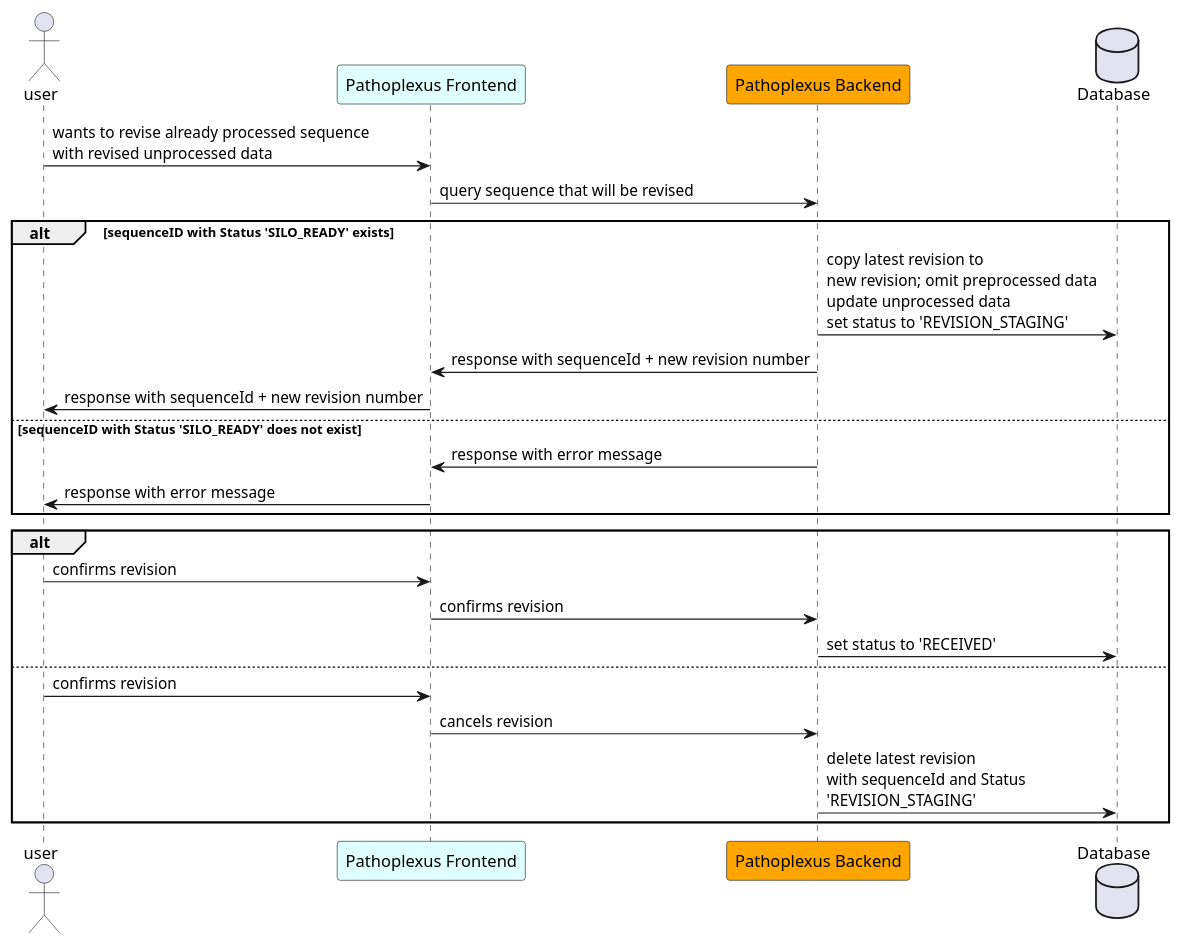
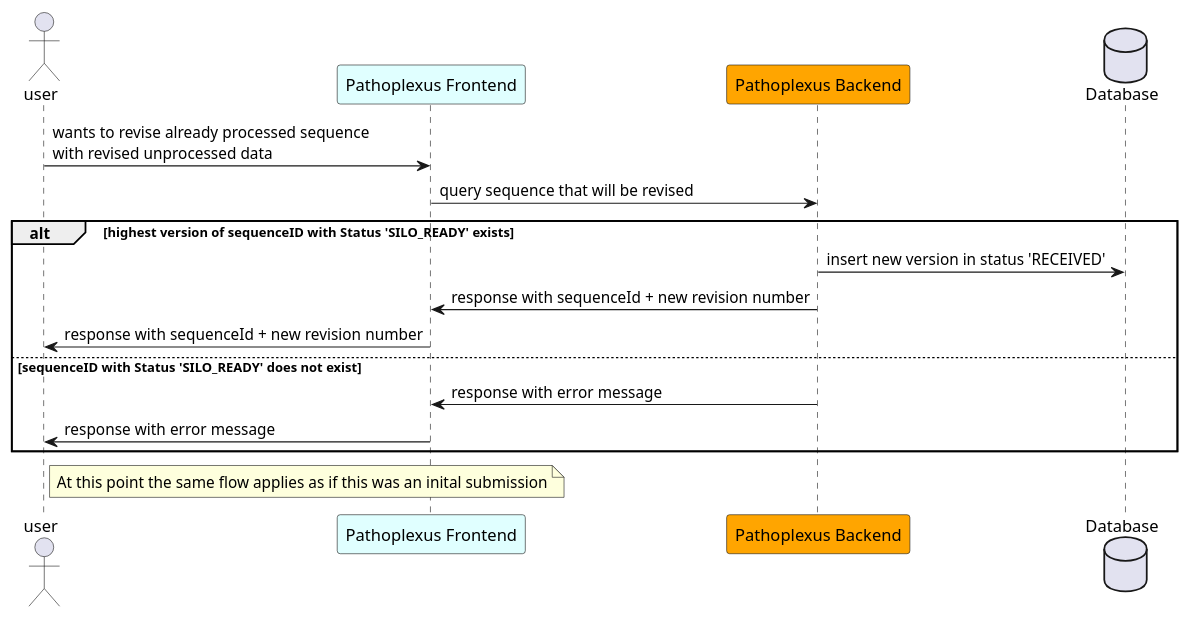
One commit to loculus-project/loculus changed the diagram in backend/docs/plantuml/sequenceRevision.puml. Above: the diagram before and after it, drawn with PlantUML. The commit also changed 1 other file, not shown here.

Commit message:
docs(backend): adapt sequence diagrams for revocation and revision

```diff
--- a/backend/docs/plantuml/sequenceRevision.puml
+++ b/backend/docs/plantuml/sequenceRevision.puml
@@ -1,29 +1,23 @@
 @startuml
     actor user
     participant "Pathoplexus Frontend" as frontend #LightCyan
     participant "Pathoplexus Backend" as backend #Orange
     database "Database" as DB
 
     user -> frontend: wants to revise already processed sequence\nwith revised unprocessed data
 
         frontend -> backend: query sequence that will be revised
 
-    alt sequenceID with Status 'SILO_READY' exists
-        backend -> DB: copy latest revision to \nnew revision; omit preprocessed data\nupdate unprocessed data \nset status to 'REVISION_STAGING'
+    alt highest version of sequenceID with Status 'SILO_READY' exists
+        backend -> DB: insert new version in status 'RECEIVED'
     backend -> frontend: response with sequenceId + new revision number
     frontend -> user: response with sequenceId + new revision number
     else sequenceID with Status 'SILO_READY' does not exist
         backend -> frontend: response with error message
         frontend -> user: response with error message
     end
 
-    alt
-        user -> frontend: confirms revision
-        frontend -> backend: confirms revision
-        backend -> DB: set status to 'RECEIVED'
-    else
-        user -> frontend: confirms revision
-        frontend -> backend: cancels revision
-        backend -> DB: delete latest revision \nwith sequenceId and Status \n'REVISION_STAGING'
-    end
+    note right of user
+        At this point the same flow applies as if this was an inital submission
+    end note
 @enduml
```
